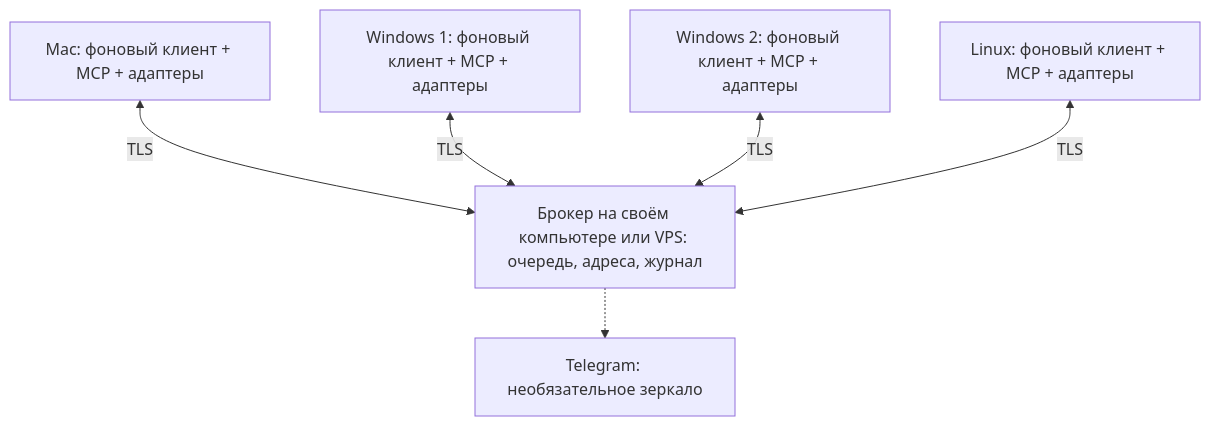
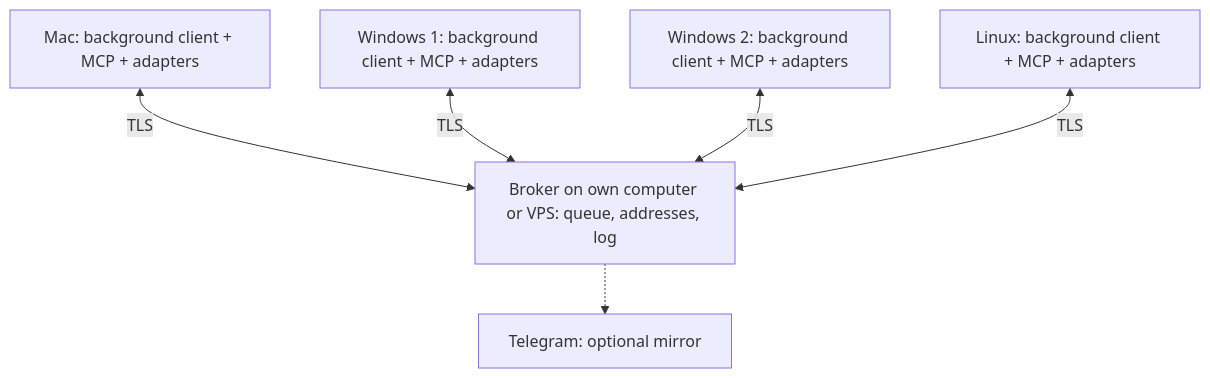
Before and after one commit to kolotiloff/agent-messenger: the diagram in docs/PLAN.md, drawn with Mermaid. The commit also changed other lines of this file and 60 other files, not shown here.

````diff
--- a/docs/PLAN.md
+++ b/docs/PLAN.md
@@ -17,14 +17,14 @@
 ```mermaid
 flowchart TB
-    B["Брокер на своём компьютере или VPS: очередь, адреса, журнал"]
-    M["Mac: фоновый клиент + MCP + адаптеры"]
-    W1["Windows 1: фоновый клиент + MCP + адаптеры"]
-    W2["Windows 2: фоновый клиент + MCP + адаптеры"]
-    L["Linux: фоновый клиент + MCP + адаптеры"]
-    T["Telegram: необязательное зеркало"]
+    B["Broker on own computer or VPS: queue, addresses, log"]
+    M["Mac: background client + MCP + adapters"]
+    W1["Windows 1: background client + MCP + adapters"]
+    W2["Windows 2: background client + MCP + adapters"]
+    L["Linux: background client + MCP + adapters"]
+    T["Telegram: optional mirror"]
     M <-->|TLS| B
     W1 <-->|TLS| B
     W2 <-->|TLS| B
     L <-->|TLS| B
     B -.-> T
 ```
````
